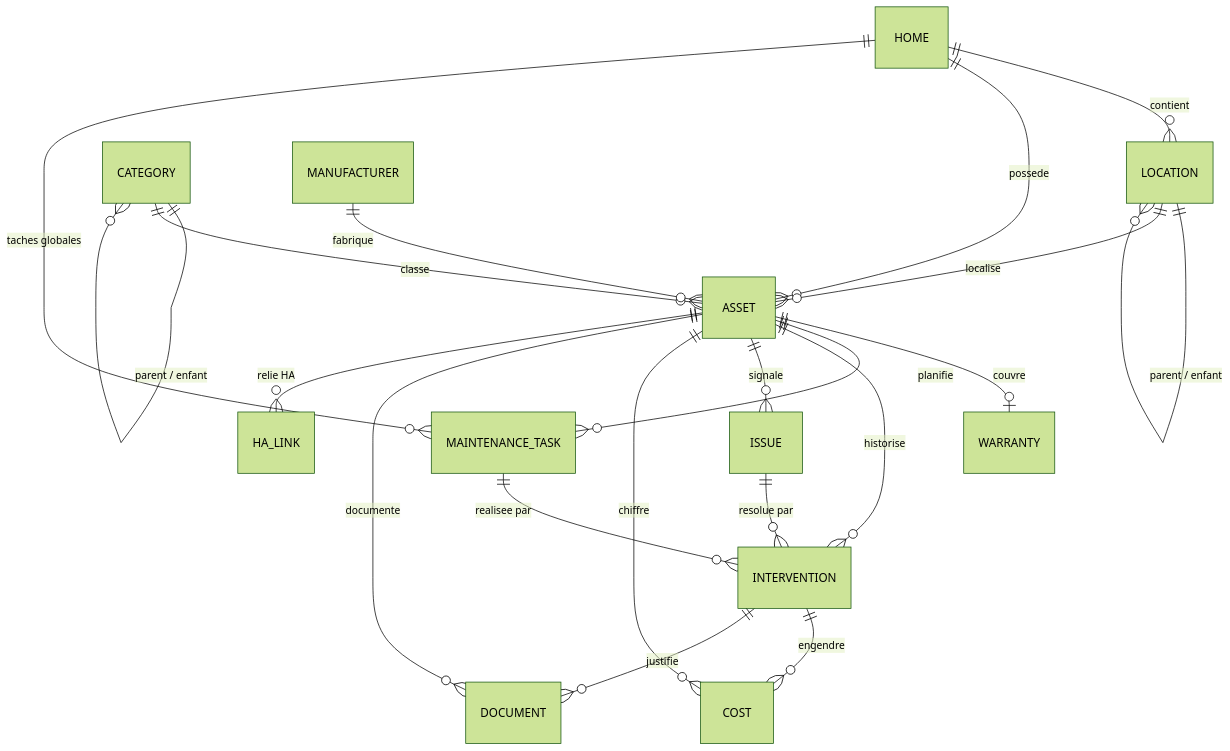
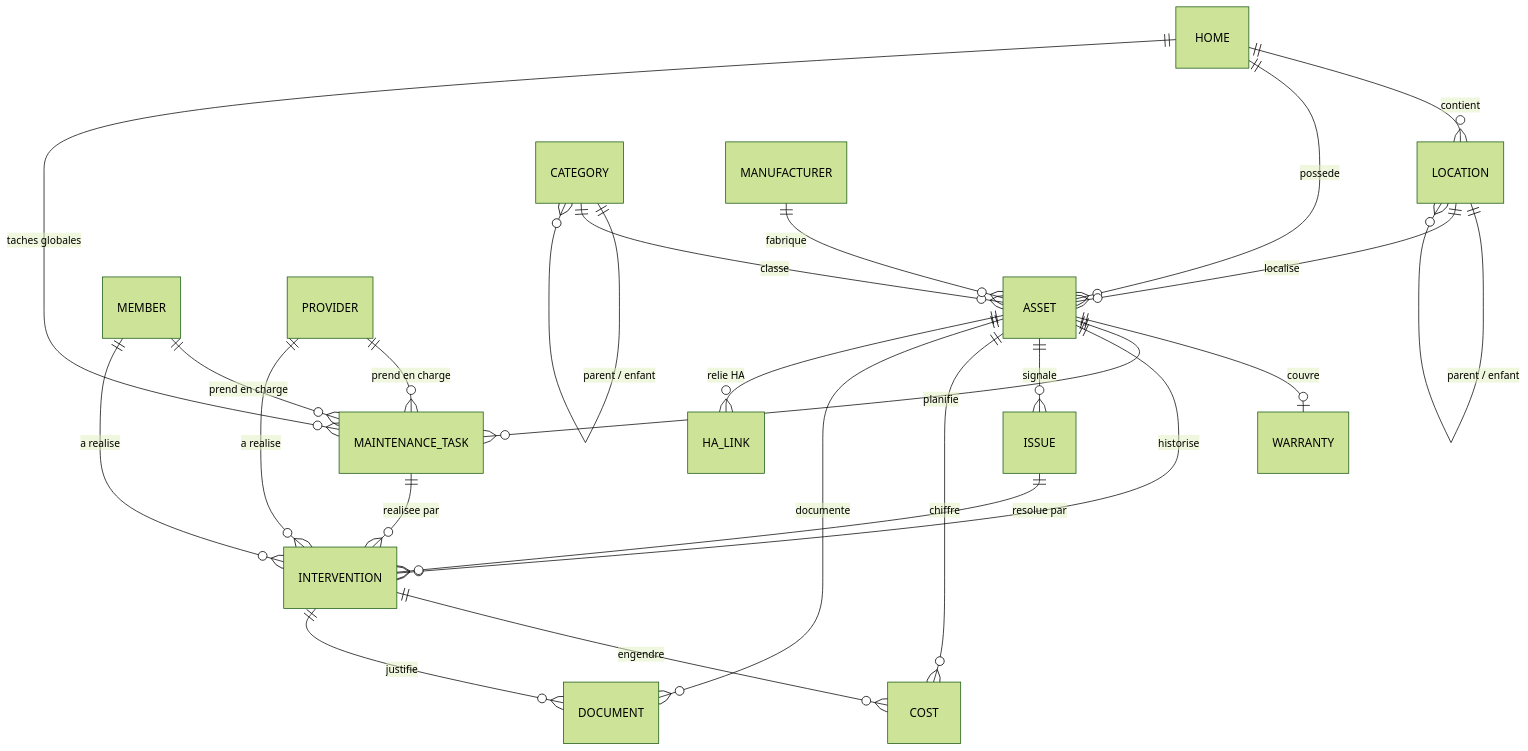
One commit to k69sknk/myhome changed the diagram in docs/DATA_MODEL.md. Above: the diagram before and after it, drawn with Mermaid (forest theme). The commit also changed other lines of this file and 50 other files, not shown here.

````diff
--- a/docs/DATA_MODEL.md
+++ b/docs/DATA_MODEL.md
@@ -12,22 +12,26 @@
 ```mermaid
 erDiagram
     HOME ||--o{ LOCATION : contient
     HOME ||--o{ ASSET : possede
     HOME ||--o{ MAINTENANCE_TASK : "taches globales"
     LOCATION ||--o{ LOCATION : "parent / enfant"
     LOCATION ||--o{ ASSET : localise
     CATEGORY ||--o{ CATEGORY : "parent / enfant"
     CATEGORY ||--o{ ASSET : classe
     MANUFACTURER ||--o{ ASSET : fabrique
     ASSET ||--o| WARRANTY : couvre
     ASSET ||--o{ MAINTENANCE_TASK : planifie
     ASSET ||--o{ INTERVENTION : historise
     ASSET ||--o{ ISSUE : signale
     ASSET ||--o{ COST : chiffre
     ASSET ||--o{ DOCUMENT : documente
     ASSET ||--o{ HA_LINK : "relie HA"
+    MEMBER ||--o{ MAINTENANCE_TASK : "prend en charge"
+    PROVIDER ||--o{ MAINTENANCE_TASK : "prend en charge"
+    MEMBER ||--o{ INTERVENTION : "a realise"
+    PROVIDER ||--o{ INTERVENTION : "a realise"
     MAINTENANCE_TASK ||--o{ INTERVENTION : "realisee par"
     ISSUE ||--o{ INTERVENTION : "resolue par"
     INTERVENTION ||--o{ COST : engendre
     INTERVENTION ||--o{ DOCUMENT : justifie
 ```
````
